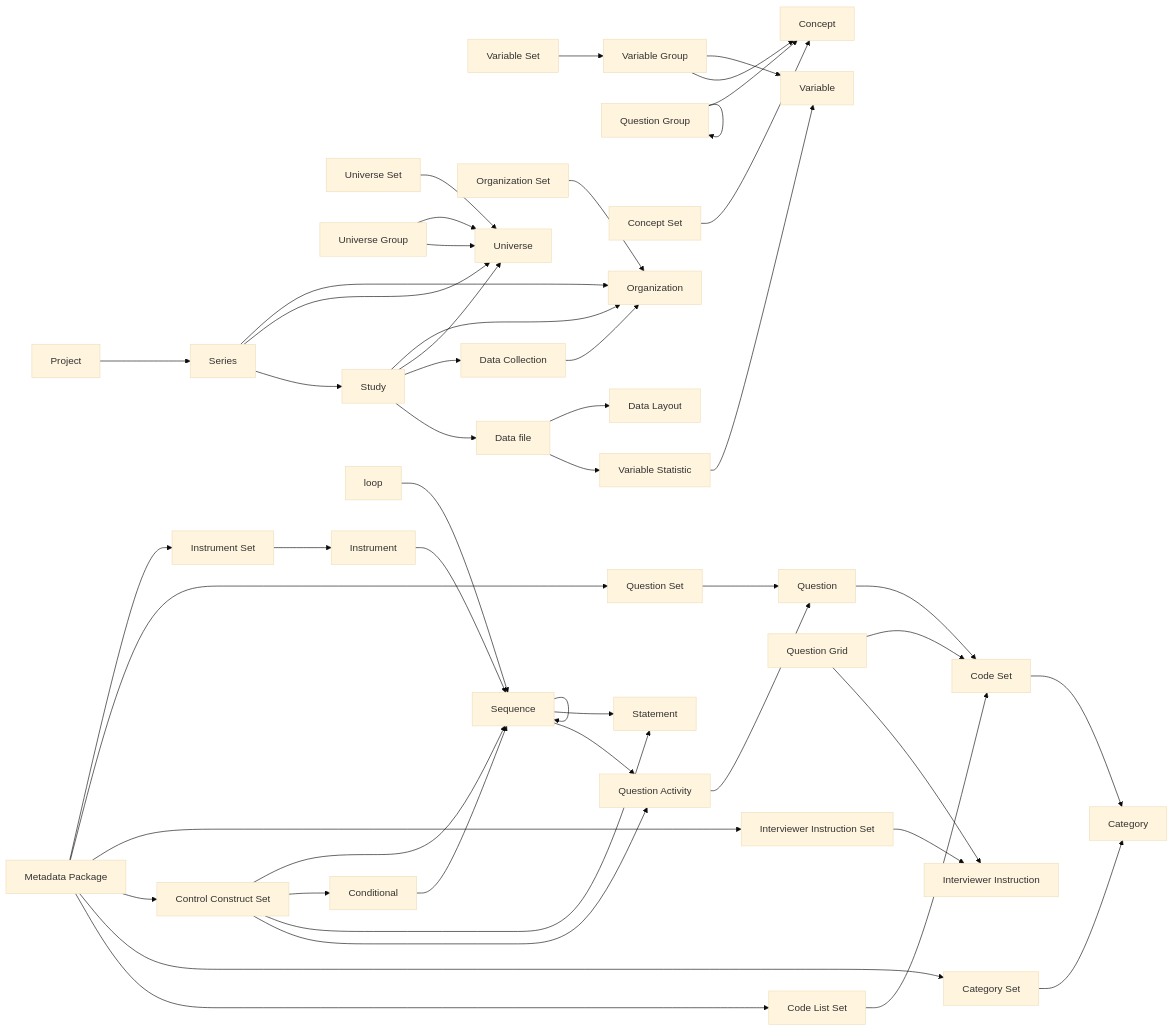
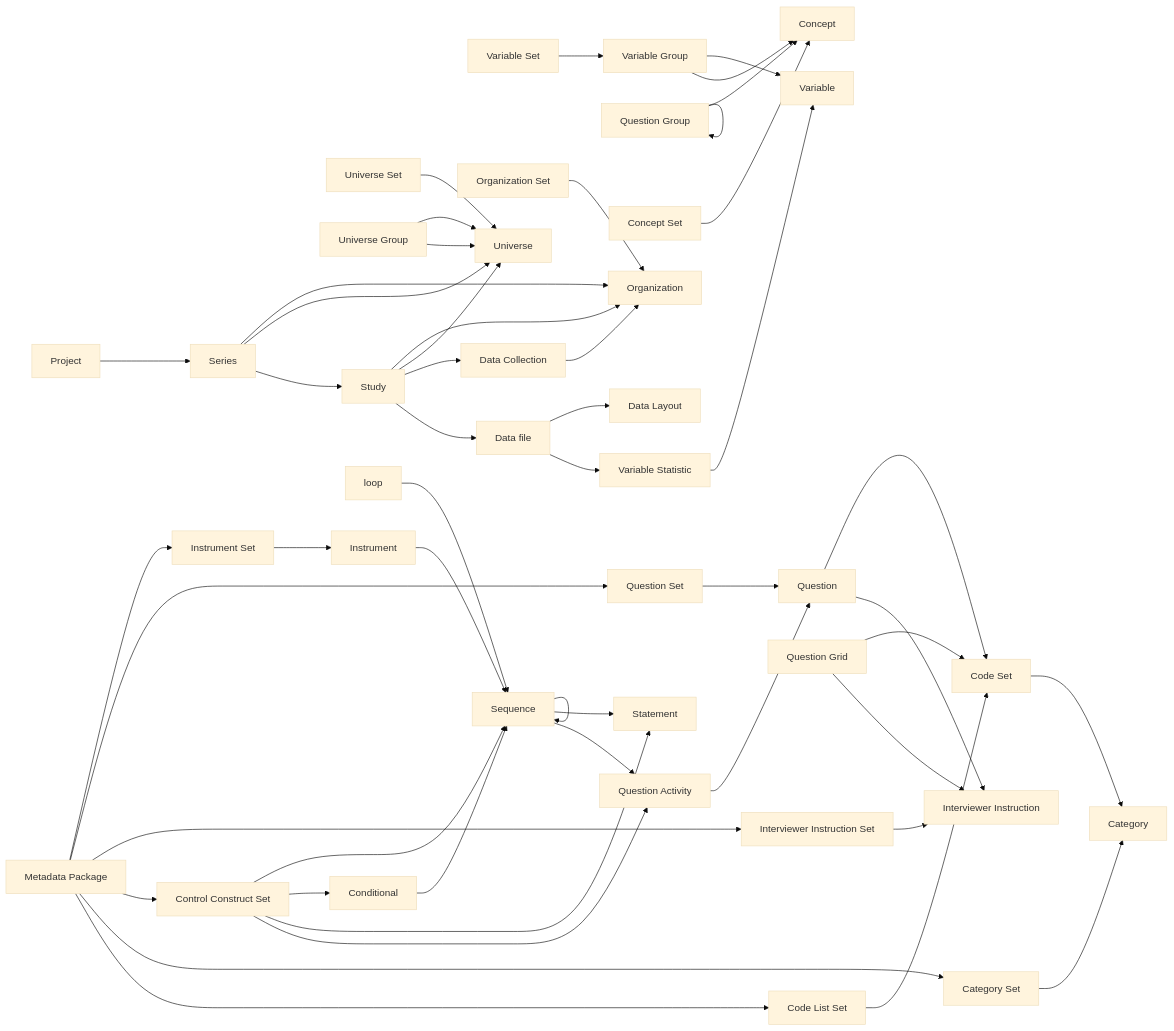
One commit to CLOSER-Cohorts/colectica-api changed the diagram in README.md. Above: the diagram before and after it, drawn with Mermaid (base theme). The commit also changed other lines of this file, not shown here.

````diff
--- a/README.md
+++ b/README.md
@@ -29,51 +29,52 @@
 ```mermaid
 graph LR
   VS[Variable Set] --> VG[Variable Group]
   QGr[Question Group] --> Concept
   QGr[Question Group] --> QGr[Question Group]
   VG[Variable Group] --> Variable
   VG[Variable Group] --> Concept
   CS[Concept Set] --> Concept
   MetP[Metadata Package] --> InS[Instrument Set]
   MetP[Metadata Package] --> QuS[Question Set]
   MetP[Metadata Package] --> IIS[Interviewer Instruction Set]
   MetP[Metadata Package] --> CCS[Control Construct Set]
   MetP[Metadata Package] --> CaS[Category Set]
   MetP[Metadata Package] --> CLS[Code List Set]
   QuS[Question Set] --> Question
   OrS[Organization Set] -->  Organization
   UnS[Universe Set] --> Universe
   UnG[Universe Group] --> Universe
   Project --> Series
   Series --> Organization
   Series --> Universe
   Series --> Study
   Study --> Organization
   Study --> Universe
   Study --> DaC[Data Collection]
   Study --> DaF[Data File]
   DaC[Data Collection] --> Organization
   UnG[Universe Group] --> Universe
   InS[Instrument Set] --> Instrument
   Instrument --> Sequence
   Sequence --> Sequence
   Sequence --> Statement
   Sequence --> QA[Question Activity]
   QA[Question Activity] --> Question
   QG[Question Grid] --> CoS[Code Set]
   QG[Question Grid] --> II[Interviewer Instruction]
   Question --> CoS[Code Set]
+  Question --> II[Interviewer Instruction]
   CLS[Code List Set] --> CoS[Code Set]
   CoS --> Category
   CaS[Category Set] --> Category
   CCS[Control Construct Set] --> Sequence
   Conditional --> Sequence
   CCS[Control Construct Set] --> Conditional
   CCS[Control Construct Set] --> Statement
   CCS[Control Construct Set] --> QA[Question Activity]
   DaF[Data file] --> DL[Data Layout]
   DaF[Data file] --> VaS[Variable Statistic]
   VaS[Variable Statistic] --> Variable
   IIS[Interviewer Instruction Set] --> II[Interviewer Instruction]
   loop --> Sequence
 ```
````
